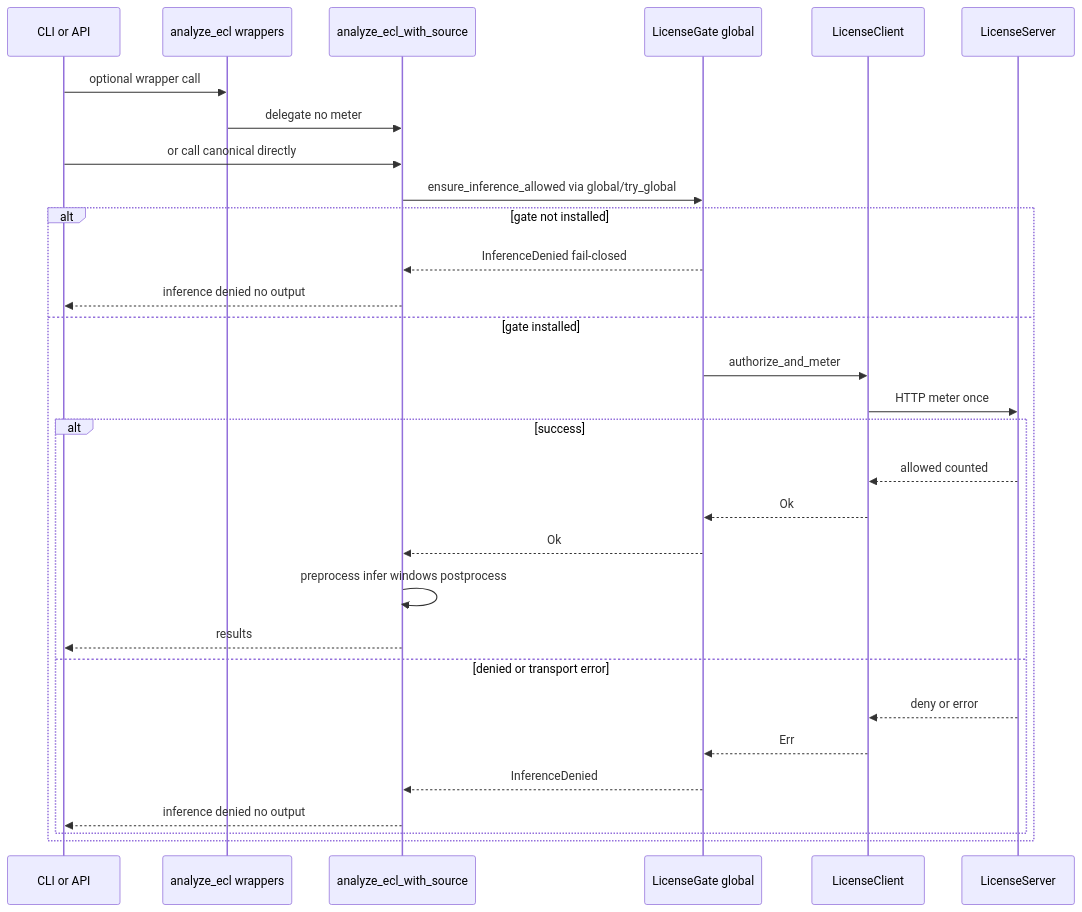
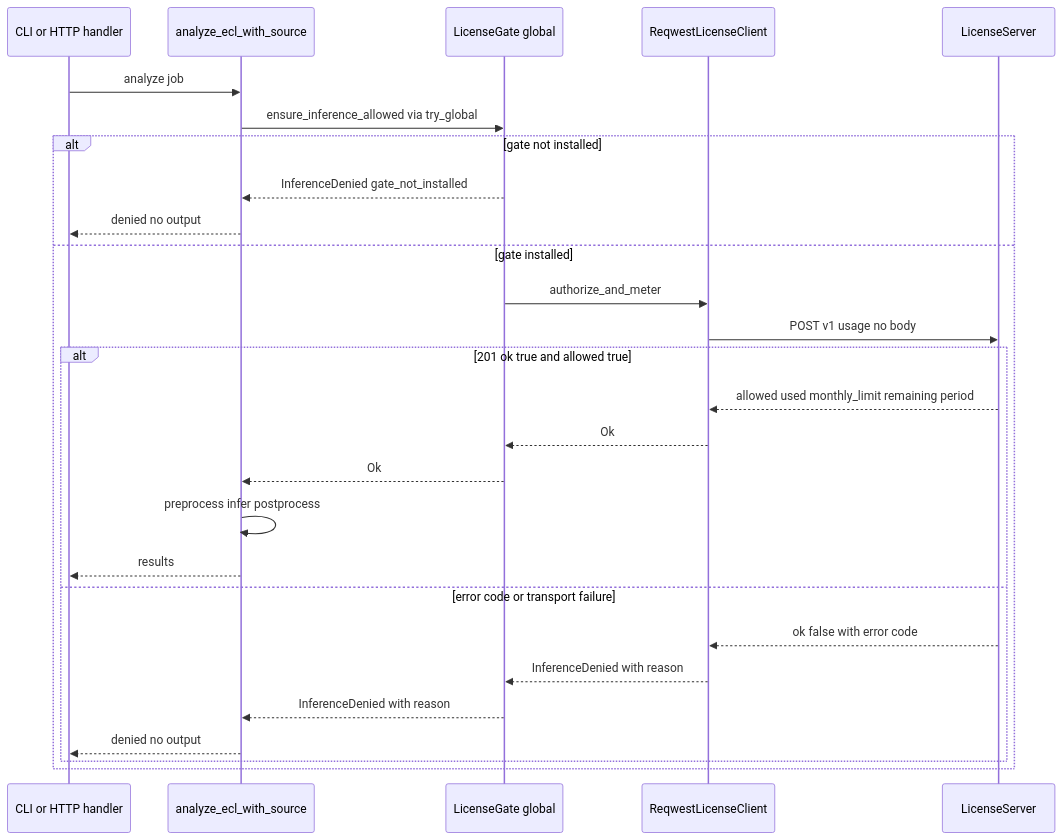
One commit to Universal-Micro-Networks/holter-analysis-assist changed the third of 3 diagrams in .kiro/specs/license-client/design.md. Above: the diagram before and after it, drawn with Mermaid. The commit also changed other lines of this file and 4 other files, not shown here.

Commit message:
docs(license-client): revise spec for finalized license server contract

````diff
--- a/.kiro/specs/license-client/design.md
+++ b/.kiro/specs/license-client/design.md
@@ -186,33 +208,30 @@
 ```mermaid
 sequenceDiagram
-    participant Caller as CLI or API
-    participant Wrap as analyze_ecl wrappers
+    participant Caller as CLI or HTTP handler
     participant Canonical as analyze_ecl_with_source
     participant Gate as LicenseGate global
-    participant Cli as LicenseClient
+    participant Cli as ReqwestLicenseClient
     participant Srv as LicenseServer
 
-    Caller->>Wrap: optional wrapper call
-    Wrap->>Canonical: delegate no meter
-    Caller->>Canonical: or call canonical directly
-    Canonical->>Gate: ensure_inference_allowed via global/try_global
+    Caller->>Canonical: analyze job
+    Canonical->>Gate: ensure_inference_allowed via try_global
     alt gate not installed
-        Gate-->>Canonical: InferenceDenied fail-closed
-        Canonical-->>Caller: inference denied no output
+        Gate-->>Canonical: InferenceDenied gate_not_installed
+        Canonical-->>Caller: denied no output
     else gate installed
         Gate->>Cli: authorize_and_meter
-        Cli->>Srv: HTTP meter once
-        alt success
-            Srv-->>Cli: allowed counted
+        Cli->>Srv: POST v1 usage no body
+        alt 201 ok true and allowed true
+            Srv-->>Cli: allowed used monthly_limit remaining period
             Cli-->>Gate: Ok
             Gate-->>Canonical: Ok
-            Canonical->>Canonical: preprocess infer windows postprocess
+            Canonical->>Canonical: preprocess infer postprocess
             Canonical-->>Caller: results
-        else denied or transport error
-            Srv-->>Cli: deny or error
-            Cli-->>Gate: Err
-            Gate-->>Canonical: InferenceDenied
-            Canonical-->>Caller: inference denied no output
+        else error code or transport failure
+            Srv-->>Cli: ok false with error code
+            Cli-->>Gate: InferenceDenied with reason
+            Gate-->>Canonical: InferenceDenied with reason
+            Canonical-->>Caller: denied no output
         end
     end
 ```
````
